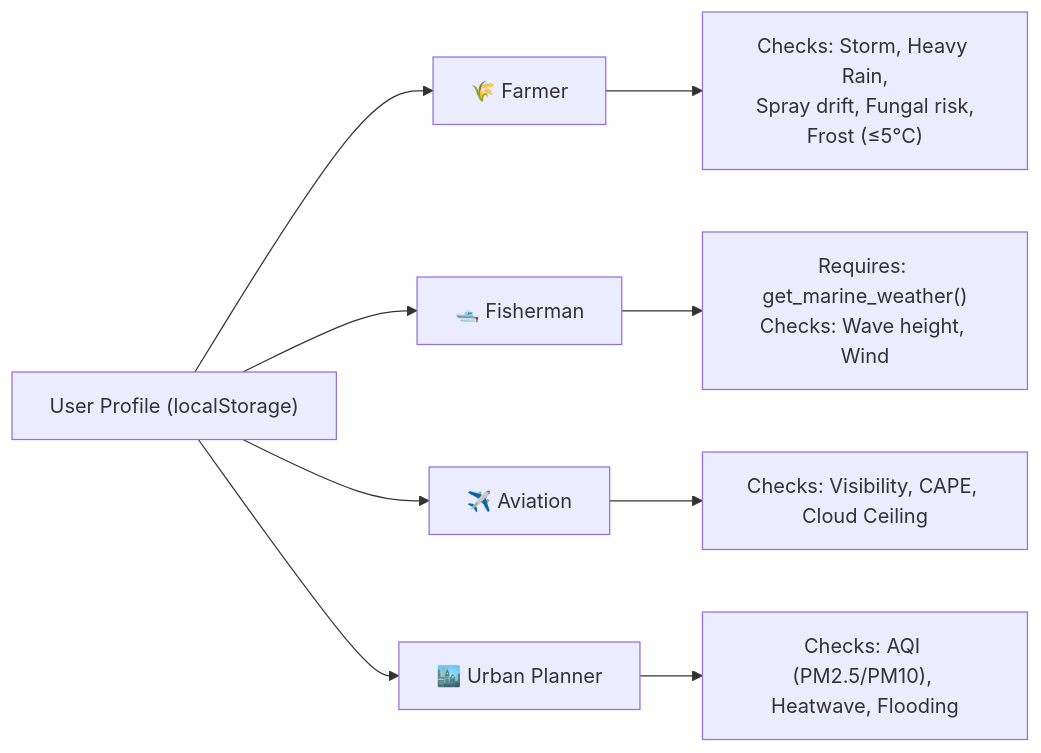
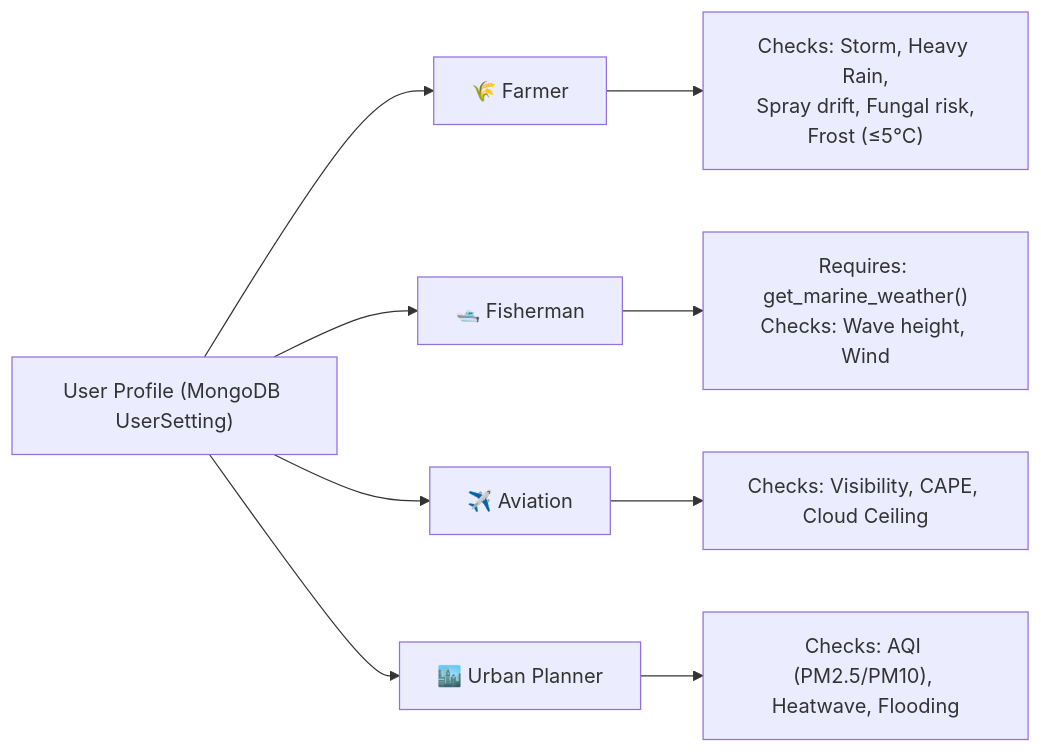
One commit to omcodes16/make-to-win changed the fifth of 8 diagrams in README.md. Above: the diagram before and after it, drawn with Mermaid. The commit also changed other lines of this file and 6 other files, not shown here.

````diff
--- a/README.md
+++ b/README.md
@@ -182,12 +182,12 @@
 ```mermaid
 graph LR
-    Profile["User Profile (localStorage)"] --> Farmer["🌾 Farmer"]
+    Profile["User Profile (MongoDB UserSetting)"] --> Farmer["🌾 Farmer"]
     Profile --> Fisher["🛥️ Fisherman"]
     Profile --> Air["✈️ Aviation"]
     Profile --> City["🏙️ Urban Planner"]
     
     Farmer --> F_Logic["Checks: Storm, Heavy Rain,\nSpray drift, Fungal risk,\nFrost (≤5°C)"]
     Fisher --> Fish_Logic["Requires: get_marine_weather()\nChecks: Wave height, Wind"]
     Air --> Air_Logic["Checks: Visibility, CAPE, Cloud Ceiling"]
     City --> City_Logic["Checks: AQI (PM2.5/PM10), Heatwave, Flooding"]
 ```
````
